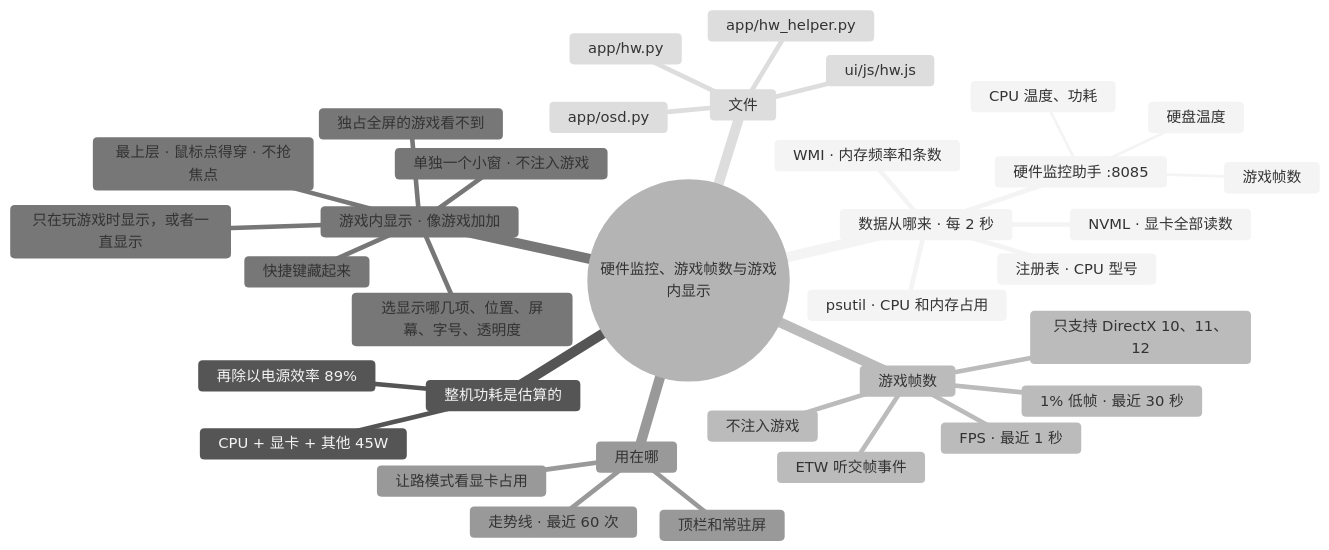
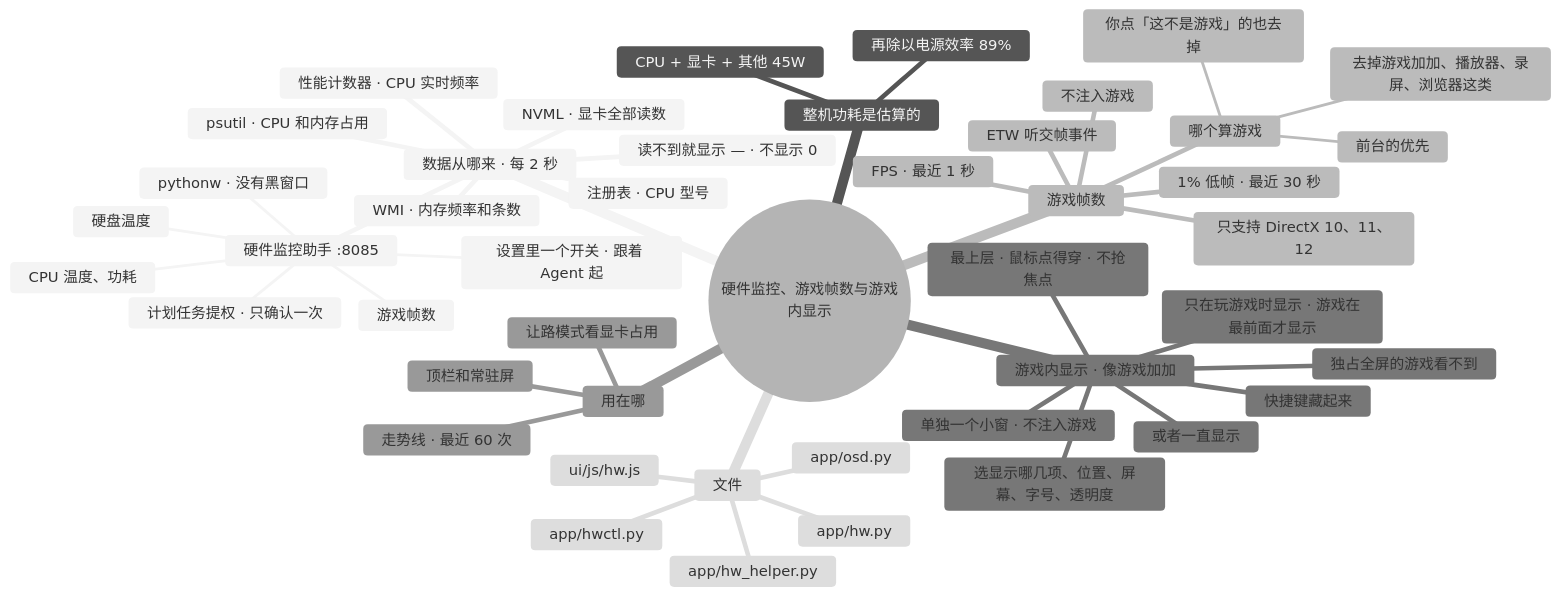
The diagram in docs/AI文档/架构/11-硬件监控与游戏帧数.md (lql-076/Experiment-Agent-One), drawn with Mermaid (neutral theme) before and after one commit. The commit also changed other lines of this file and 55 other files, not shown here.

First line of the commit message:
v1.8.0：一页一屏放下、没有黑窗口、硬件监控助手开关、第三条路「更强的模型」和换它重做、CPU 读数和游戏识别修复

````diff
--- a/docs/AI文档/架构/11-硬件监控与游戏帧数.md
+++ b/docs/AI文档/架构/11-硬件监控与游戏帧数.md
@@ -9,39 +9,50 @@
 ```mermaid
 mindmap
   root((硬件监控、游戏帧数与游戏内显示))
     数据从哪来 · 每 2 秒
       硬件监控助手 :8085
       :::svc-hw
         CPU 温度、功耗
         硬盘温度
         游戏帧数
+        设置里一个开关 · 跟着 Agent 起
+        计划任务提权 · 只确认一次
+        pythonw · 没有黑窗口
+      性能计数器 · CPU 实时频率
+      读不到就显示 — · 不显示 0
       NVML · 显卡全部读数
       psutil · CPU 和内存占用
       注册表 · CPU 型号
       WMI · 内存频率和条数
     整机功耗是估算的
       CPU + 显卡 + 其他 45W
       再除以电源效率 89%
     游戏帧数
       ETW 听交帧事件
       不注入游戏
       FPS · 最近 1 秒
       1% 低帧 · 最近 30 秒
       只支持 DirectX 10、11、12
+      哪个算游戏
+        去掉游戏加加、播放器、录屏、浏览器这类
+        你点「这不是游戏」的也去掉
+        前台的优先
     游戏内显示 · 像游戏加加
       单独一个小窗 · 不注入游戏
       最上层 · 鼠标点得穿 · 不抢焦点
       选显示哪几项、位置、屏幕、字号、透明度
-      只在玩游戏时显示，或者一直显示
+      只在玩游戏时显示 · 游戏在最前面才显示
+      或者一直显示
       快捷键藏起来
       独占全屏的游戏看不到
     用在哪
       顶栏和常驻屏
       走势线 · 最近 60 次
       让路模式看显卡占用
     文件
       app/hw.py
       app/osd.py
       app/hw_helper.py
+      app/hwctl.py
       ui/js/hw.js
 ```
````
